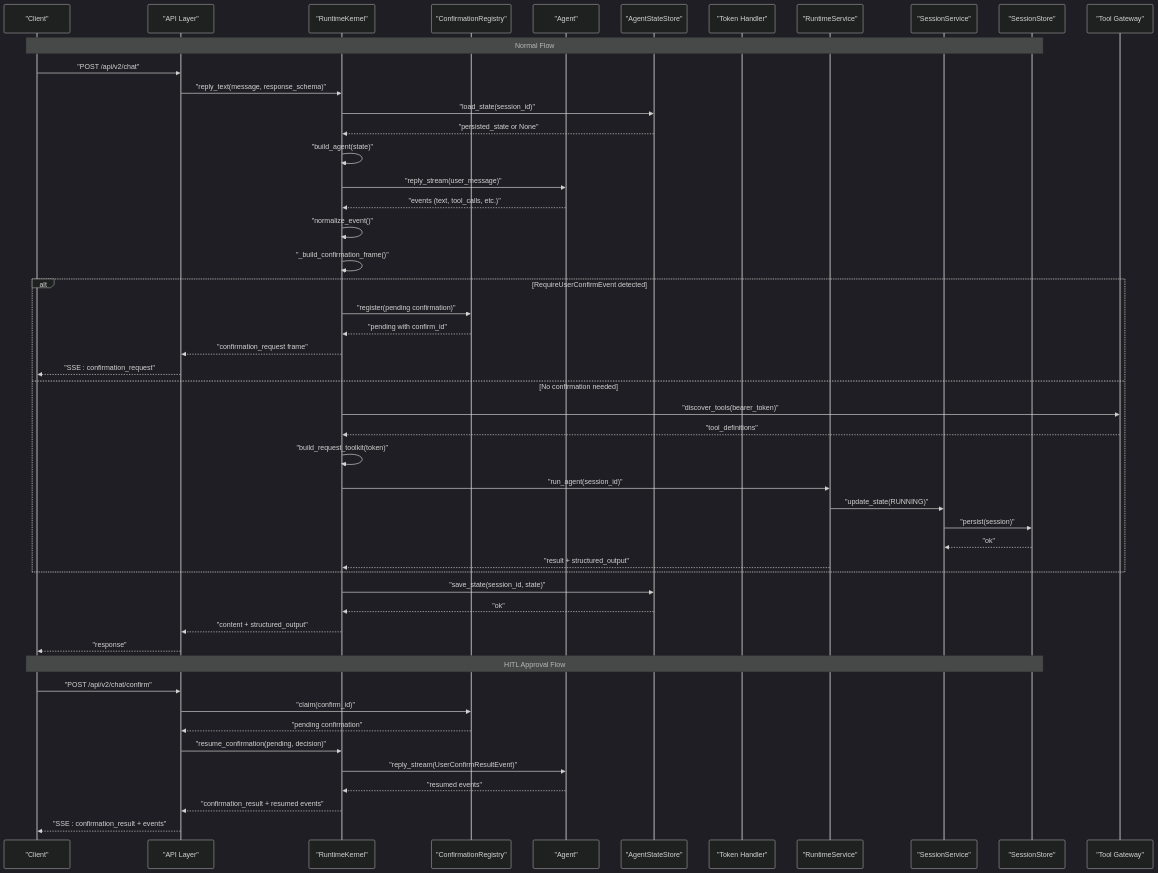
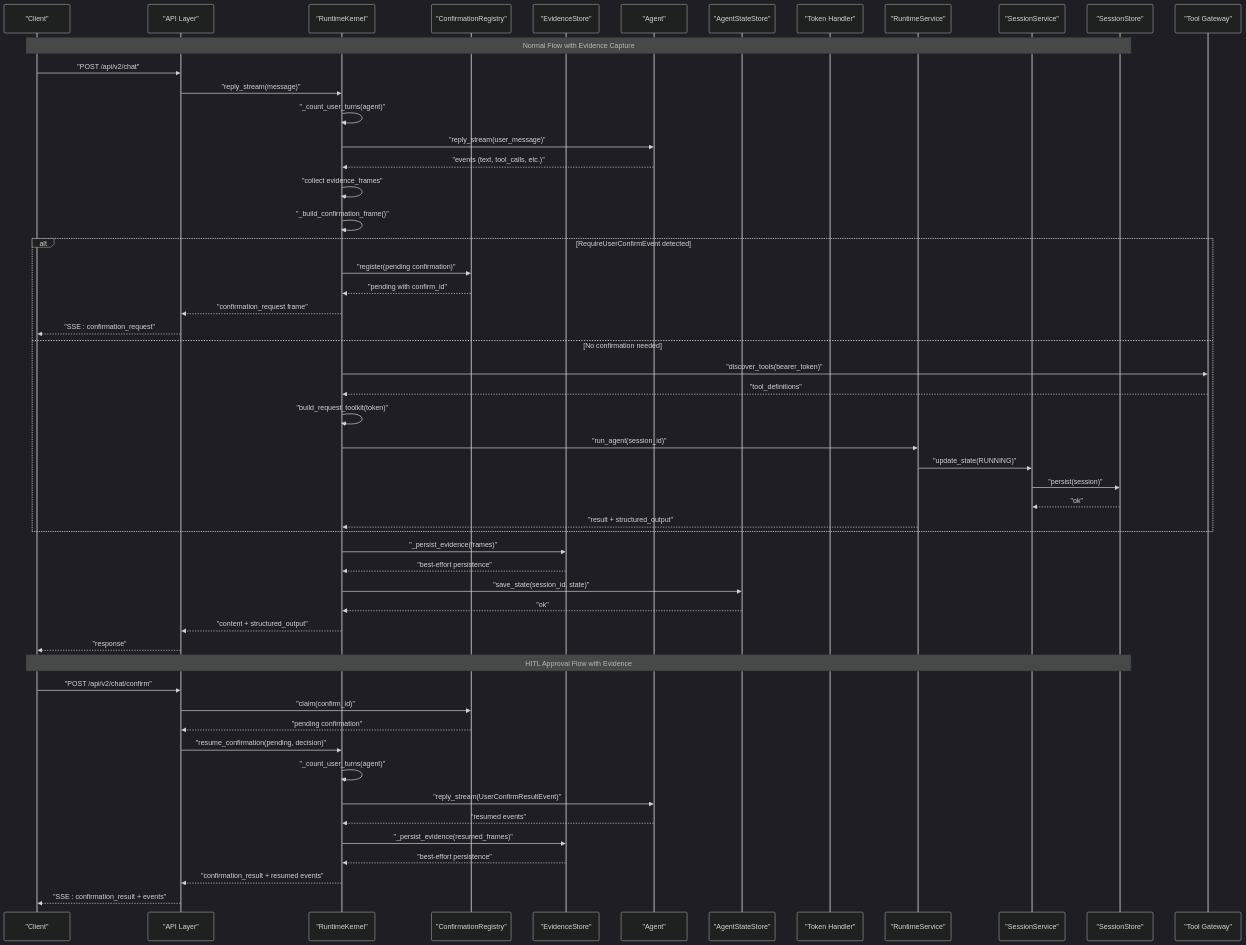
Before and after one commit to metasync/luban-aiops: the second of 4 diagrams in .qoder/repowiki/en/content/Agent Platform Service/Runtime Kernel and Agent Lifecycle.md, drawn with Mermaid (dark theme). The commit also changed other lines of this file and 8 other files, not shown here.

````diff
--- a/.qoder/repowiki/en/content/Agent Platform Service/Runtime Kernel and Agent Lifecycle.md
+++ b/.qoder/repowiki/en/content/Agent Platform Service/Runtime Kernel and Agent Lifecycle.md
@@ -155,52 +166,56 @@
 ```mermaid
 sequenceDiagram
 participant Client as "Client"
 participant API as "API Layer"
 participant Kernel as "RuntimeKernel"
 participant Registry as "ConfirmationRegistry"
+participant EvidenceStore as "EvidenceStore"
 participant Agent as "Agent"
 participant StateStore as "AgentStateStore"
 participant TokenHandler as "Token Handler"
 participant RSvc as "RuntimeService"
 participant SSvc as "SessionService"
 participant Store as "SessionStore"
 participant Gateway as "Tool Gateway"
-Note over Client,Store : Normal Flow
+Note over Client,Store : Normal Flow with Evidence Capture
 Client->>API : "POST /api/v2/chat"
-API->>Kernel : "reply_text(message, response_schema)"
-Kernel->>StateStore : "load_state(session_id)"
-StateStore-->>Kernel : "persisted_state or None"
-Kernel->>Kernel : "build_agent(state)"
+API->>Kernel : "reply_stream(message)"
+Kernel->>Kernel : "_count_user_turns(agent)"
 Kernel->>Agent : "reply_stream(user_message)"
 Agent-->>Kernel : "events (text, tool_calls, etc.)"
-Kernel->>Kernel : "normalize_event()"
+Kernel->>Kernel : "collect evidence_frames"
 Kernel->>Kernel : "_build_confirmation_frame()"
 alt RequireUserConfirmEvent detected
 Kernel->>Registry : "register(pending confirmation)"
 Registry-->>Kernel : "pending with confirm_id"
 Kernel-->>API : "confirmation_request frame"
 API-->>Client : "SSE : confirmation_request"
 else No confirmation needed
 Kernel->>Gateway : "discover_tools(bearer_token)"
 Gateway-->>Kernel : "tool_definitions"
 Kernel->>Kernel : "build_request_toolkit(token)"
 Kernel->>RSvc : "run_agent(session_id)"
 RSvc->>SSvc : "update_state(RUNNING)"
 SSvc->>Store : "persist(session)"
 Store-->>SSvc : "ok"
 RSvc-->>Kernel : "result + structured_output"
 end
+Kernel->>EvidenceStore : "_persist_evidence(frames)"
+EvidenceStore-->>Kernel : "best-effort persistence"
 Kernel->>StateStore : "save_state(session_id, state)"
 StateStore-->>Kernel : "ok"
 Kernel-->>API : "content + structured_output"
 API-->>Client : "response"
-Note over Client,Store : HITL Approval Flow
+Note over Client,Store : HITL Approval Flow with Evidence
 Client->>API : "POST /api/v2/chat/confirm"
 API->>Registry : "claim(confirm_id)"
 Registry-->>API : "pending confirmation"
 API->>Kernel : "resume_confirmation(pending, decision)"
+Kernel->>Kernel : "_count_user_turns(agent)"
 Kernel->>Agent : "reply_stream(UserConfirmResultEvent)"
 Agent-->>Kernel : "resumed events"
+Kernel->>EvidenceStore : "_persist_evidence(resumed_frames)"
+EvidenceStore-->>Kernel : "best-effort persistence"
 Kernel-->>API : "confirmation_result + resumed events"
 API-->>Client : "SSE : confirmation_result + events"
 ```
````
